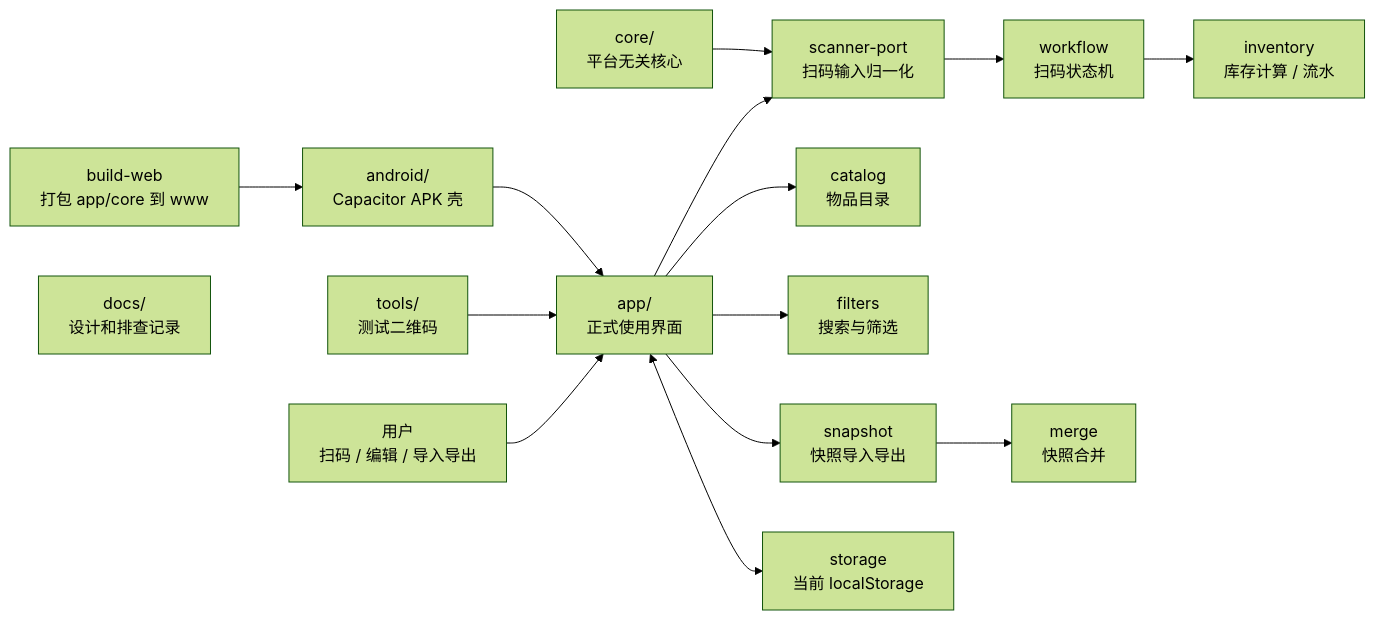
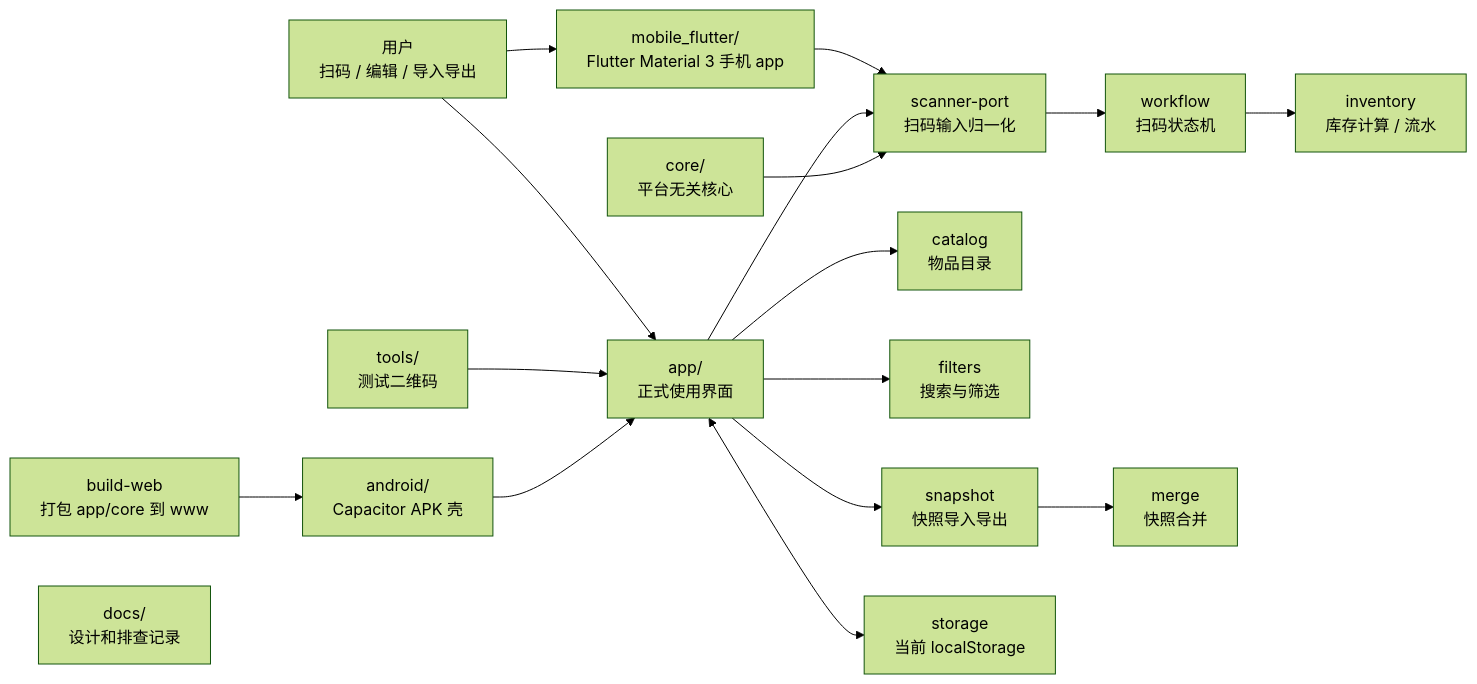
One commit to llleeeqi/maker-studio-inventory changed the diagram in README.md. Above: the diagram before and after it, drawn with Mermaid (forest theme). The commit also changed other lines of this file and 49 other files, not shown here.

Commit message:
Add msi v1 Flutter mobile workflow

````diff
--- a/README.md
+++ b/README.md
@@ -80,20 +106,22 @@
 ```mermaid
 flowchart LR
   User[用户<br/>扫码 / 编辑 / 导入导出] --> Shell[app/<br/>正式使用界面]
+  User --> Flutter[mobile_flutter/<br/>Flutter Material 3 手机 app]
   Tools[tools/<br/>测试二维码] --> Shell
   Android[android/<br/>Capacitor APK 壳] --> Shell
 
+  Flutter --> Scanner
   Shell --> Scanner[scanner-port<br/>扫码输入归一化]
   Scanner --> Workflow[workflow<br/>扫码状态机]
   Workflow --> Inventory[inventory<br/>库存计算 / 流水]
 
   Shell --> Catalog[catalog<br/>物品目录]
   Shell --> Filters[filters<br/>搜索与筛选]
   Shell --> Snapshot[snapshot<br/>快照导入导出]
   Snapshot --> Merge[merge<br/>快照合并]
 
   Shell <--> Storage[storage<br/>当前 localStorage]
   Core[core/<br/>平台无关核心] --> Scanner
   Build[build-web<br/>打包 app/core 到 www] --> Android
   Docs[docs/<br/>设计和排查记录]
 ```
````
